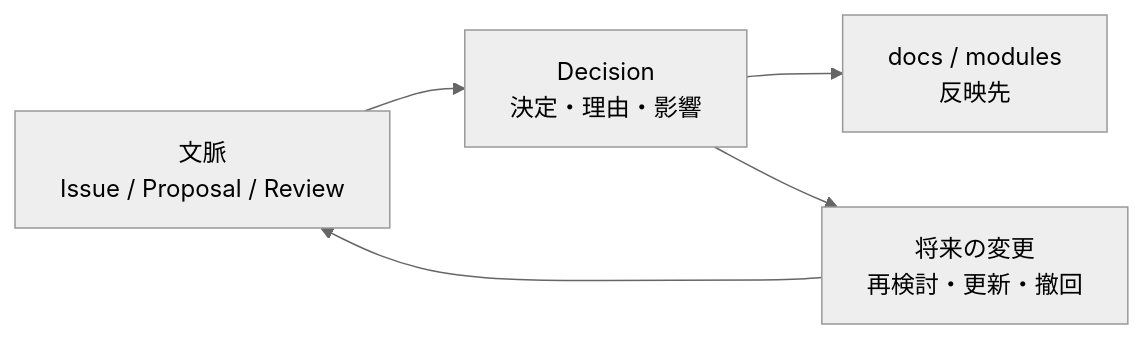
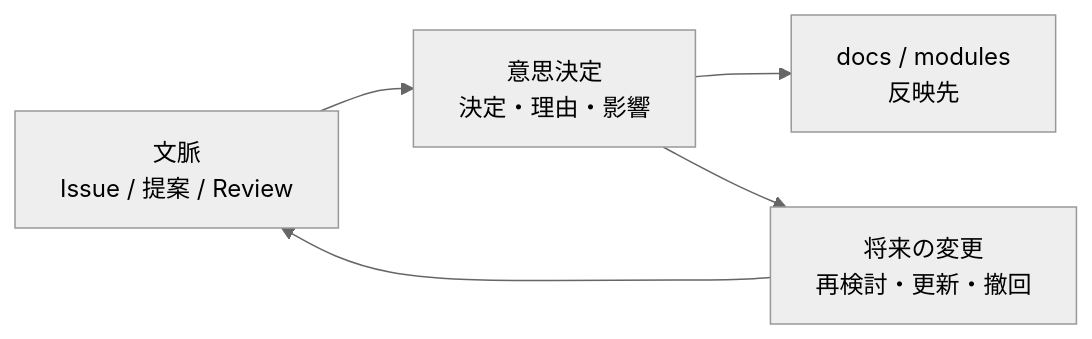
The diagram in decisions/ja/README.md (acecore-systems/world-foundation), drawn with Mermaid (neutral theme) before and after one commit. The commit also changed other lines of this file and 47 other files, not shown here.

````diff
--- a/decisions/ja/README.md
+++ b/decisions/ja/README.md
@@ -9,12 +9,12 @@
 ```mermaid
 flowchart LR
-  Context["文脈<br/>Issue / Proposal / Review"]
-  Decision["Decision<br/>決定・理由・影響"]
+  Context["文脈<br/>Issue / 提案 / Review"]
+  意思決定["意思決定<br/>決定・理由・影響"]
   Docs["docs / modules<br/>反映先"]
   Future["将来の変更<br/>再検討・更新・撤回"]
 
-  Context --> Decision
-  Decision --> Docs
-  Decision --> Future
+  Context --> 意思決定
+  意思決定 --> Docs
+  意思決定 --> Future
   Future --> Context
 ```
````
